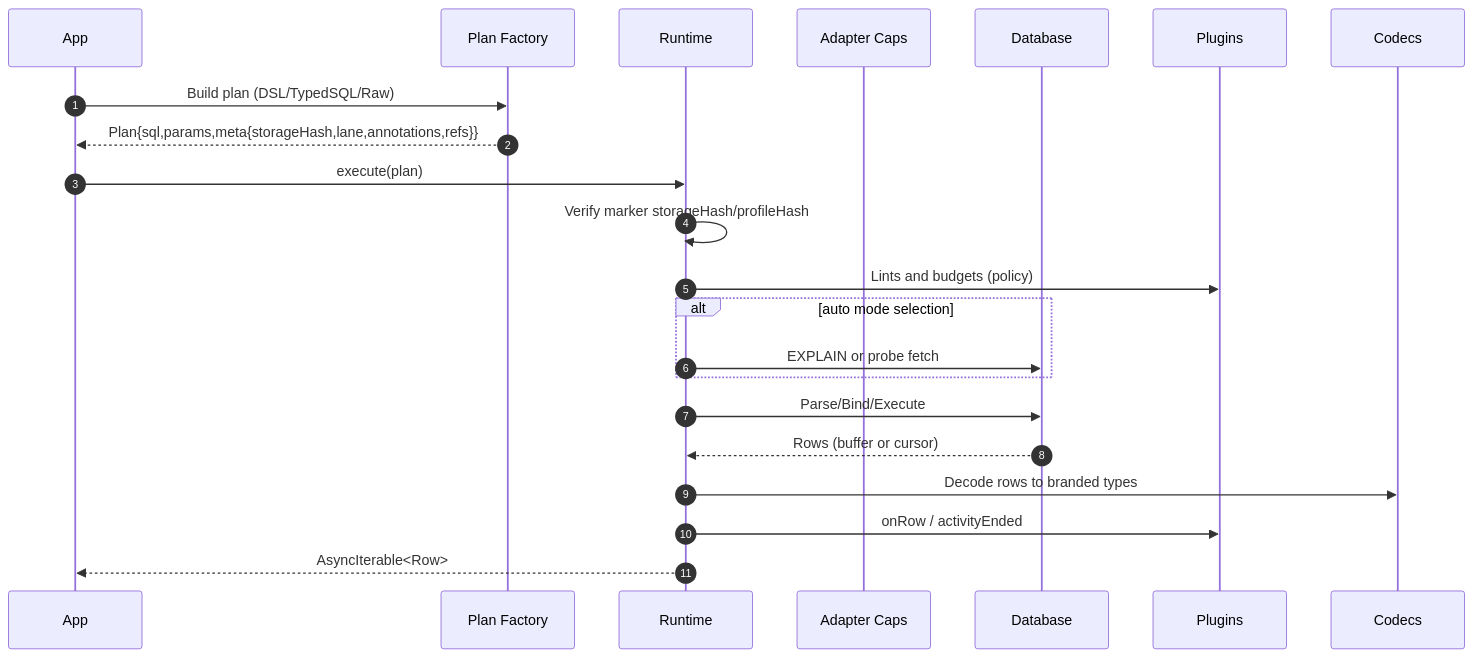
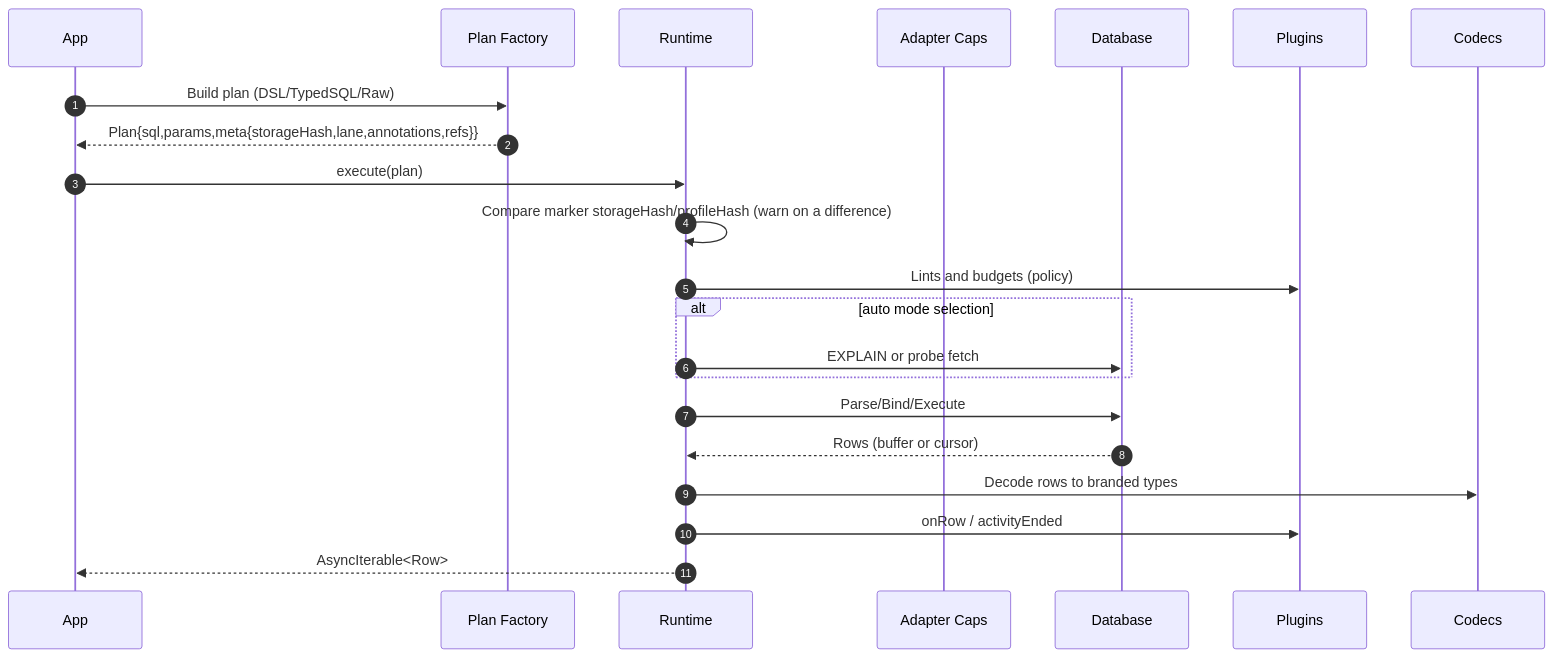
One commit to prisma/orm changed the third of 4 diagrams in docs/Architecture Overview.md. Above: the diagram before and after it, drawn with Mermaid. The commit also changed other lines of this file, not shown here.

Commit message:
docs: the architecture overview names the SQL runtime as the one that checks the marker

````diff
--- a/docs/Architecture Overview.md
+++ b/docs/Architecture Overview.md
@@ -216,25 +216,25 @@
 ```mermaid
 sequenceDiagram
   autonumber
   participant App as App
   participant Factory as Plan Factory
   participant Runtime as Runtime
   participant Caps as Adapter Caps
   participant DB as Database
   participant Plugins as Plugins
   participant Codecs as Codecs
 
   App->>Factory: Build plan (DSL/TypedSQL/Raw)
   Factory-->>App: Plan{sql,params,meta{storageHash,lane,annotations,refs}}
   App->>Runtime: execute(plan)
-  Runtime->>Runtime: Verify marker storageHash/profileHash
+  Runtime->>Runtime: Compare marker storageHash/profileHash (warn on a difference)
   Runtime->>Plugins: Lints and budgets (policy)
   alt auto mode selection
     Runtime->>DB: EXPLAIN or probe fetch
   end
   Runtime->>DB: Parse/Bind/Execute
   DB-->>Runtime: Rows (buffer or cursor)
   Runtime->>Codecs: Decode rows to branded types
   Runtime->>Plugins: onRow / activityEnded
   Runtime-->>App: AsyncIterable<Row>
 ```
````
